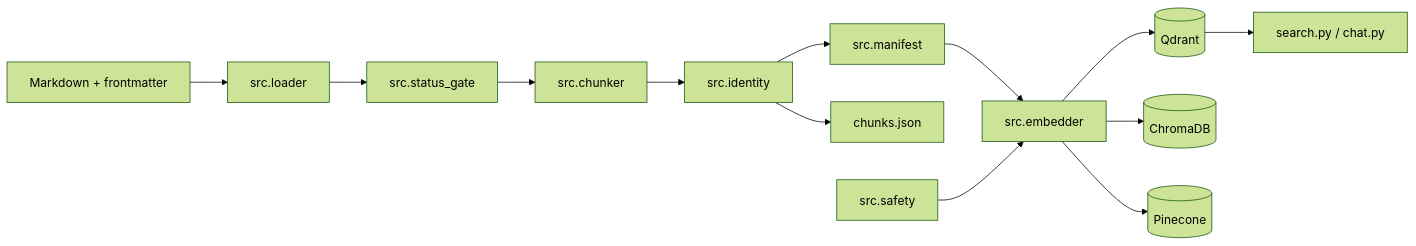
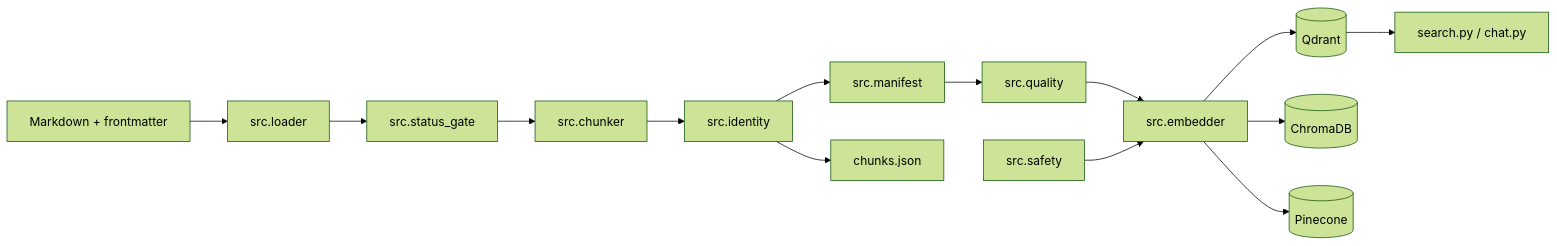
Before and after one commit to marciohernandez/rag-pipeline: the third of 3 diagrams in docs/architecture.md, drawn with Mermaid (forest theme). The commit also changed other lines of this file and 12 other files, not shown here.

````diff
--- a/docs/architecture.md
+++ b/docs/architecture.md
@@ -26,15 +26,16 @@
 ```mermaid
 flowchart LR
   Markdown[Markdown + frontmatter] --> Loader[src.loader]
   Loader --> StatusGate[src.status_gate]
   StatusGate --> Chunker[src.chunker]
   Chunker --> Identity[src.identity]
   Identity --> Manifest[src.manifest]
   Identity --> Exporter[chunks.json]
-  Manifest --> Indexer[src.embedder]
+  Manifest --> Quality[src.quality]
+  Quality --> Indexer[src.embedder]
   Safety[src.safety] --> Indexer
   Indexer --> Qdrant[(Qdrant)]
   Indexer --> Chroma[(ChromaDB)]
   Indexer --> Pinecone[(Pinecone)]
   Qdrant --> Search[search.py / chat.py]
 ```
````
